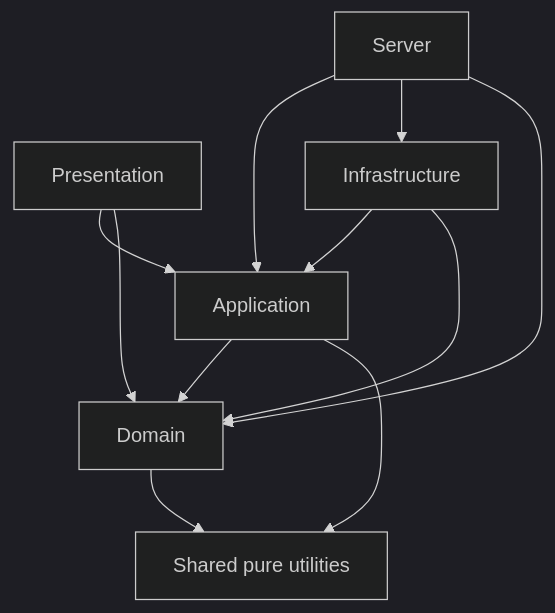
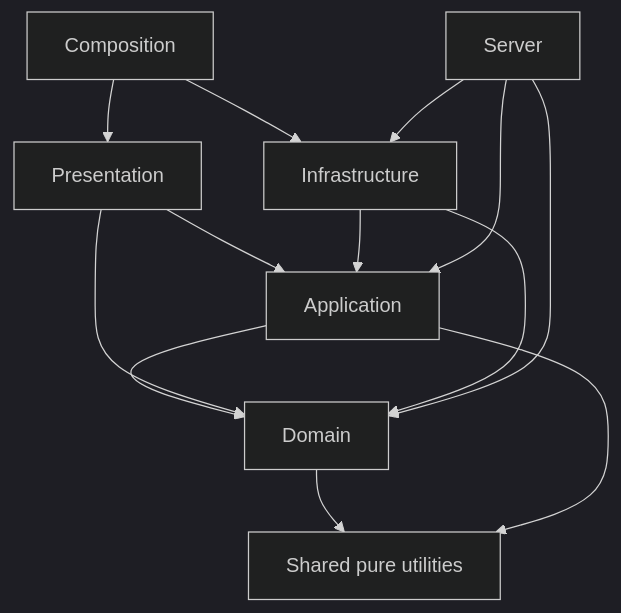
One commit to 3pwei/tarot-atelier changed the diagram in docs/architecture.md. Above: the diagram before and after it, drawn with Mermaid (dark theme). The commit also changed other lines of this file and 57 other files, not shown here.

````diff
--- a/docs/architecture.md
+++ b/docs/architecture.md
@@ -5,14 +5,16 @@
 ```mermaid
 flowchart TD
-  P[Presentation] --> A[Application]
+  C[Composition] --> P[Presentation]
+  C --> I
+  P --> A[Application]
   I[Infrastructure] --> A
   A --> D[Domain]
   P --> D
   I --> D
   V[Server] --> A
   V --> I
   V --> D
   S[Shared pure utilities]
   D --> S
   A --> S
 ```
````
